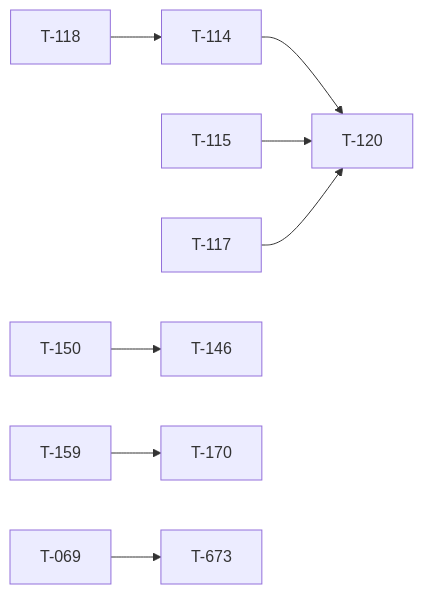
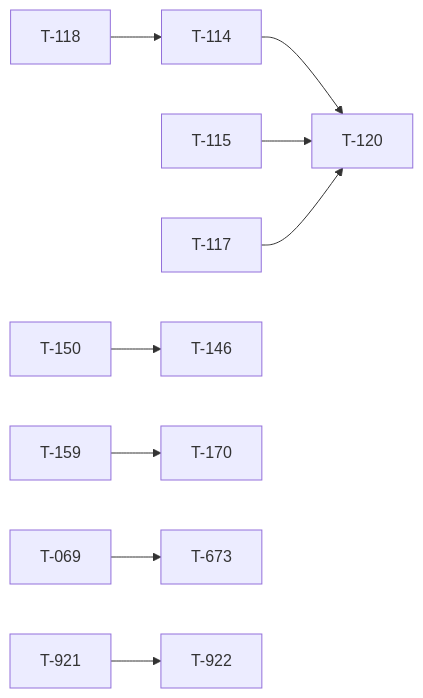
The diagram in docs/TICKET_LEAD.md (darkforce09/TBD-reforger), drawn with Mermaid before and after one commit. The commit also changed other lines of this file and 9 other files, not shown here.

````diff
--- a/docs/TICKET_LEAD.md
+++ b/docs/TICKET_LEAD.md
@@ -36,10 +37,11 @@
 ```mermaid
 flowchart LR
   T118[T-118] --> T114[T-114]
   T114[T-114] --> T120[T-120]
   T115[T-115] --> T120[T-120]
   T117[T-117] --> T120[T-120]
   T150[T-150] --> T146[T-146]
   T159[T-159] --> T170[T-170]
   T069[T-069] --> T673[T-673]
+  T921[T-921] --> T922[T-922]
 ```
````
